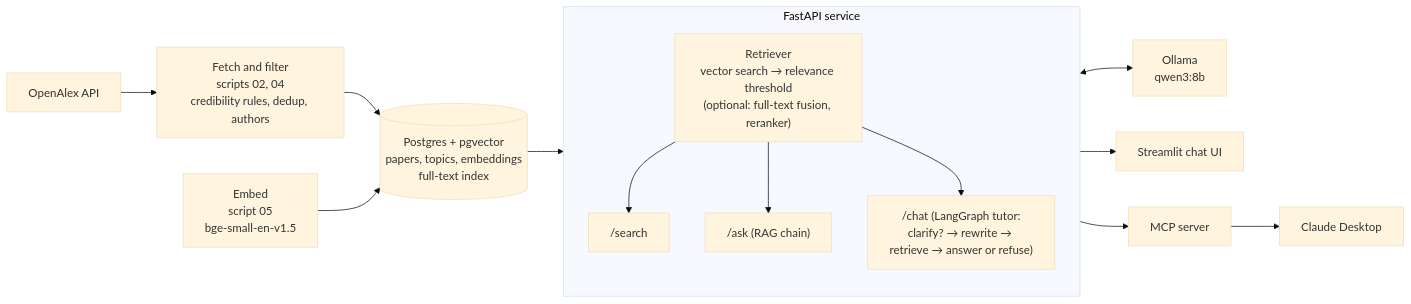
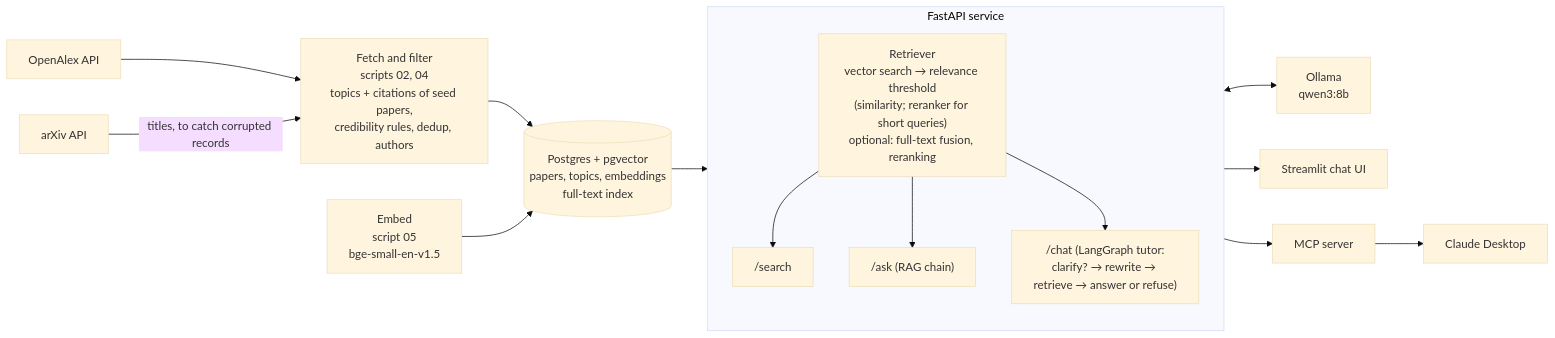
Before and after one commit to AymenFeki/paper-tutor: the diagram in README.md, drawn with Mermaid (base theme). The commit also changed other lines of this file and 1 other file, not shown here.

First line of the commit message:
Update README and Makefile for the agents area, keyword queries and data checks

````diff
--- a/README.md
+++ b/README.md
@@ -20,23 +20,24 @@
 ```mermaid
 flowchart LR
-    OA[OpenAlex API] --> FETCH["Fetch and filter<br/>scripts 02, 04<br/>credibility rules, dedup, authors"]
+    OA[OpenAlex API] --> FETCH["Fetch and filter<br/>scripts 02, 04<br/>topics + citations of seed papers,<br/>credibility rules, dedup, authors"]
+    AX[arXiv API] -->|titles, to catch corrupted records| FETCH
     FETCH --> DB[("Postgres + pgvector<br/>papers, topics, embeddings<br/>full-text index")]
     EMB["Embed<br/>script 05<br/>bge-small-en-v1.5"] --> DB
 
     subgraph API["FastAPI service"]
         direction TB
-        RET["Retriever<br/>vector search → relevance threshold<br/>(optional: full-text fusion, reranker)"]
+        RET["Retriever<br/>vector search → relevance threshold<br/>(similarity; reranker for short queries)<br/>optional: full-text fusion, reranking"]
         SEARCH["/search"]
         ASK["/ask (RAG chain)"]
         CHAT["/chat (LangGraph tutor:<br/>clarify? → rewrite → retrieve → answer or refuse)"]
         RET --> SEARCH
         RET --> ASK
         RET --> CHAT
     end
 
     DB --> API
     API <--> LLM["Ollama<br/>qwen3:8b"]
     API --> UI["Streamlit chat UI"]
     API --> MCP["MCP server"]
     MCP --> CD["Claude Desktop"]
 ```
````
